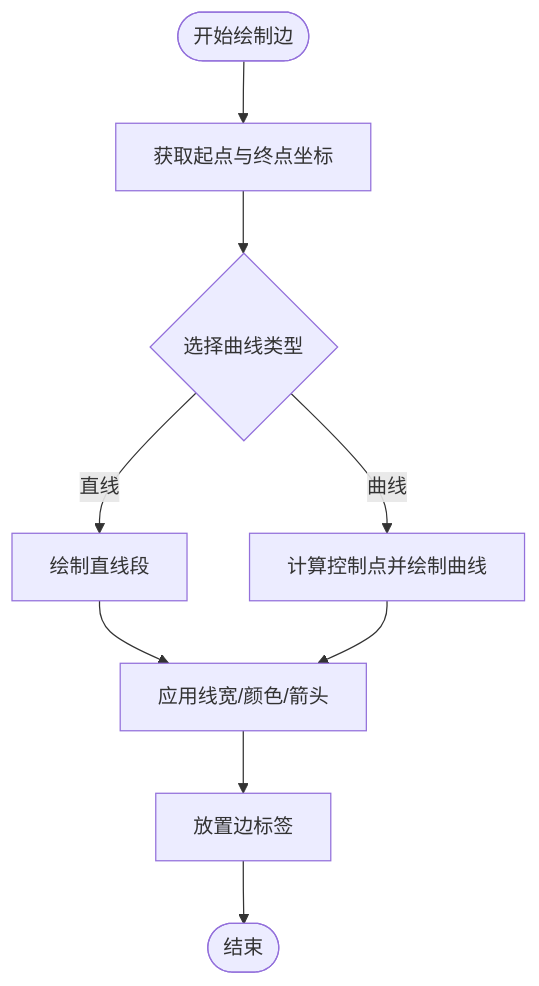
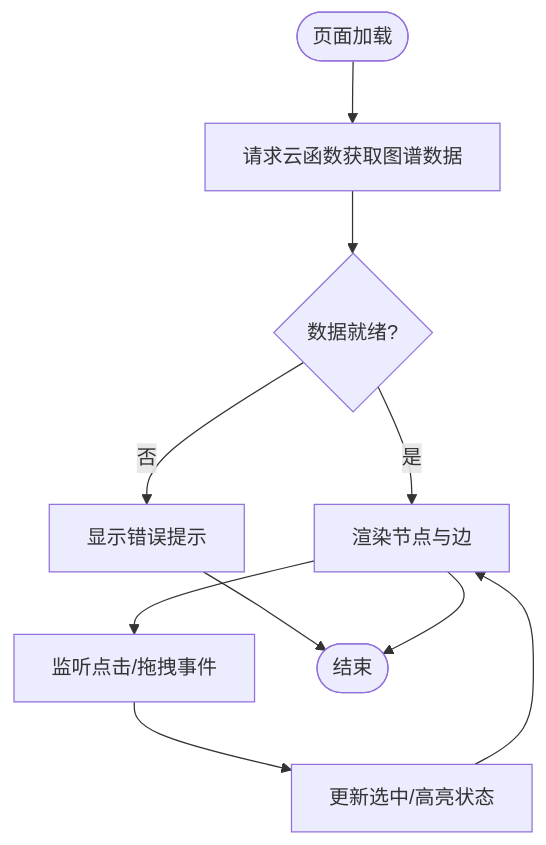
The third of 5 diagrams in .qoder/repowiki/zh/content/UI组件库/知识图谱可视化组件.md (cwb7756/bio), drawn with Mermaid before and after one commit. The commit also changed other lines of this file and 14 other files, not shown here.

First line of the commit message:
feat(knowledgeMap): 增强知识图谱功能，新增种子数据生成器

````diff
--- a/.qoder/repowiki/zh/content/UI组件库/知识图谱可视化组件.md
+++ b/.qoder/repowiki/zh/content/UI组件库/知识图谱可视化组件.md
@@ -190,11 +138,12 @@
 ```mermaid
 flowchart TD
-S(["开始绘制边"]) --> GetEndpoints["获取起点与终点坐标"]
-GetEndpoints --> ChooseCurve{"选择曲线类型"}
-ChooseCurve --> |直线| DrawLine["绘制直线段"]
-ChooseCurve --> |曲线| DrawBezier["计算控制点并绘制曲线"]
-DrawLine --> StyleEdge["应用线宽/颜色/箭头"]
-DrawBezier --> StyleEdge
-StyleEdge --> LabelPlacement["放置边标签"]
-LabelPlacement --> End(["结束"])
+Start(["页面加载"]) --> LoadData["请求云函数获取图谱数据"]
+LoadData --> DataReady{"数据就绪?"}
+DataReady --> |否| ShowError["显示错误提示"]
+DataReady --> |是| Render["渲染节点与边"]
+Render --> Interact["监听点击/拖拽事件"]
+Interact --> UpdateState["更新选中/高亮状态"]
+UpdateState --> Render
+ShowError --> End(["结束"])
+Render --> End
 ```
````
